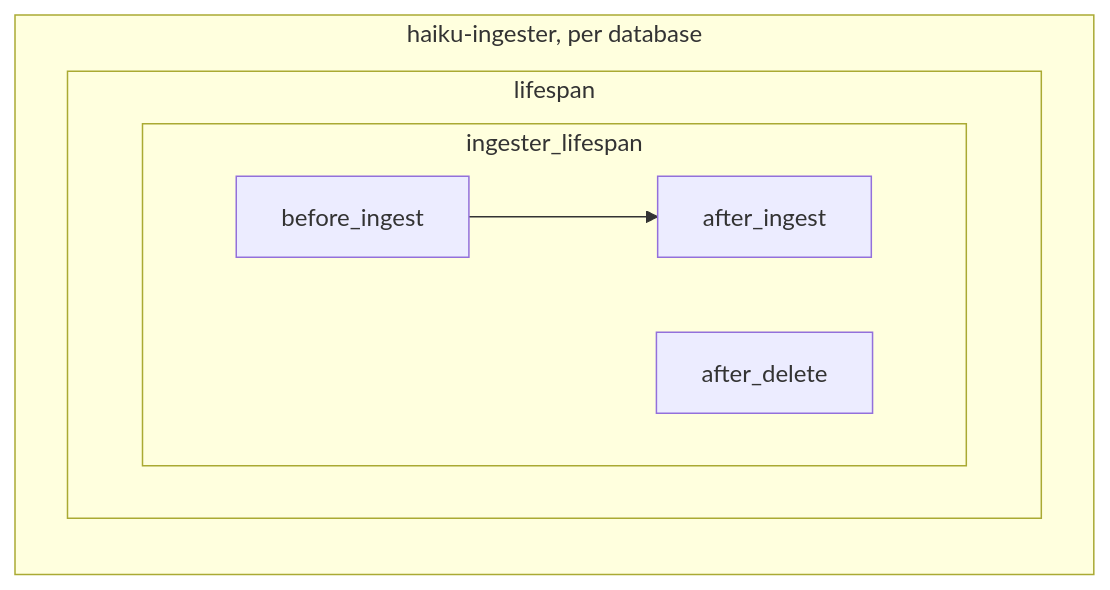
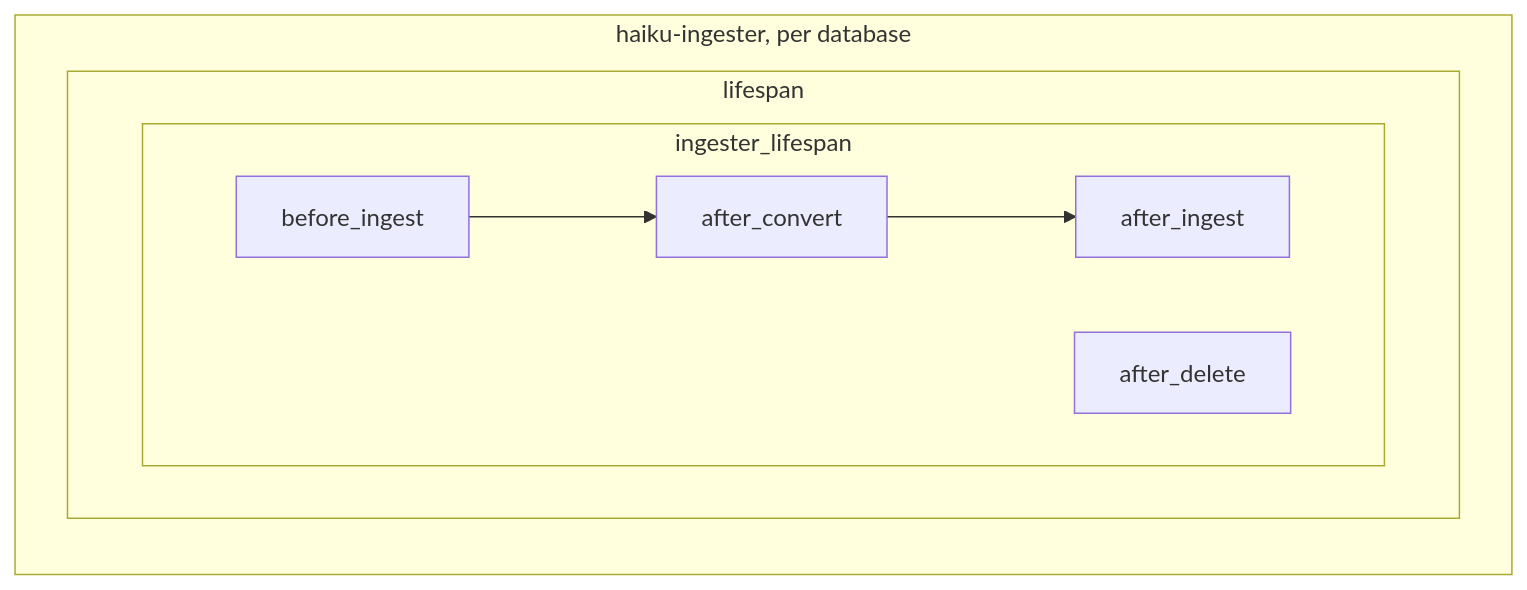
The first of 3 diagrams in docs/hooks.md (ggozad/haiku.rag), drawn with Mermaid before and after one commit. The commit also changed other lines of this file and 12 other files, not shown here.

First line of the commit message:
Add an after_convert hook point

````diff
--- a/docs/hooks.md
+++ b/docs/hooks.md
@@ -29,11 +30,11 @@
 ```mermaid
 flowchart LR
     subgraph ingester["haiku-ingester, per database"]
         subgraph l1["lifespan"]
             subgraph il["ingester_lifespan"]
-                bi1[before_ingest] --> ai1[after_ingest]
+                bi1[before_ingest] --> ac1[after_convert] --> ai1[after_ingest]
                 ad1[after_delete]
             end
         end
     end
 ```
````
